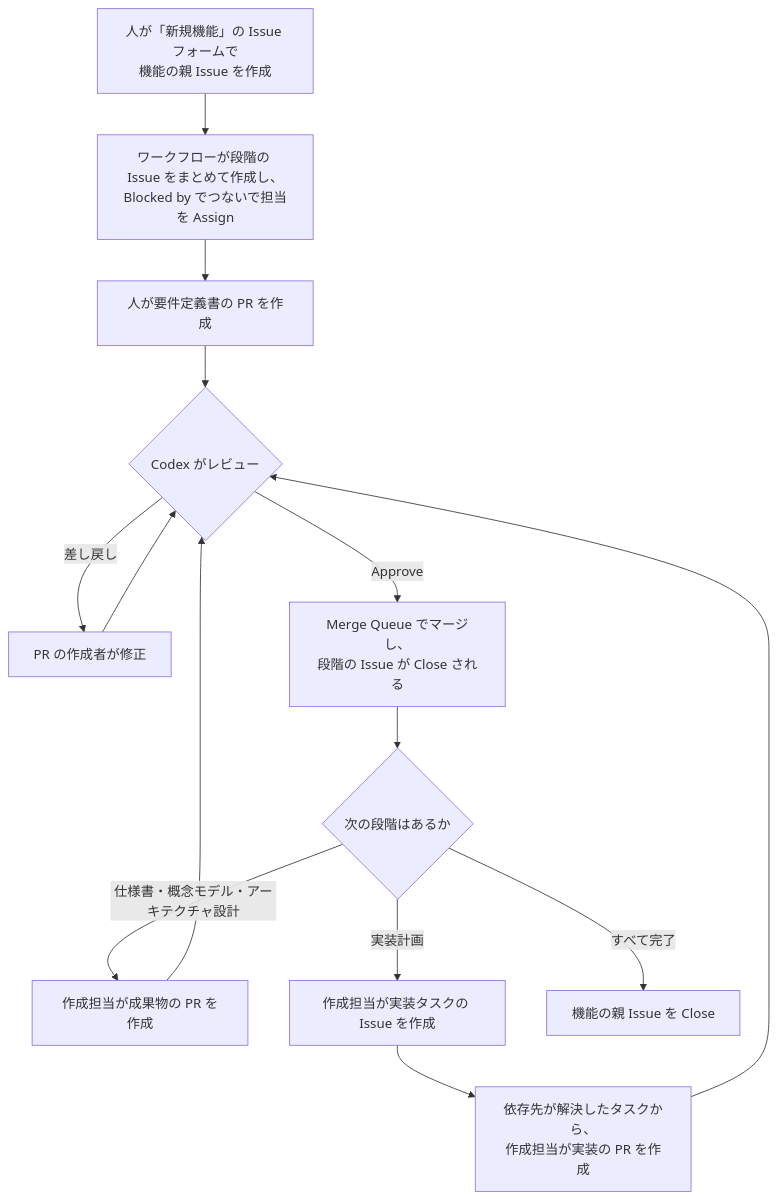
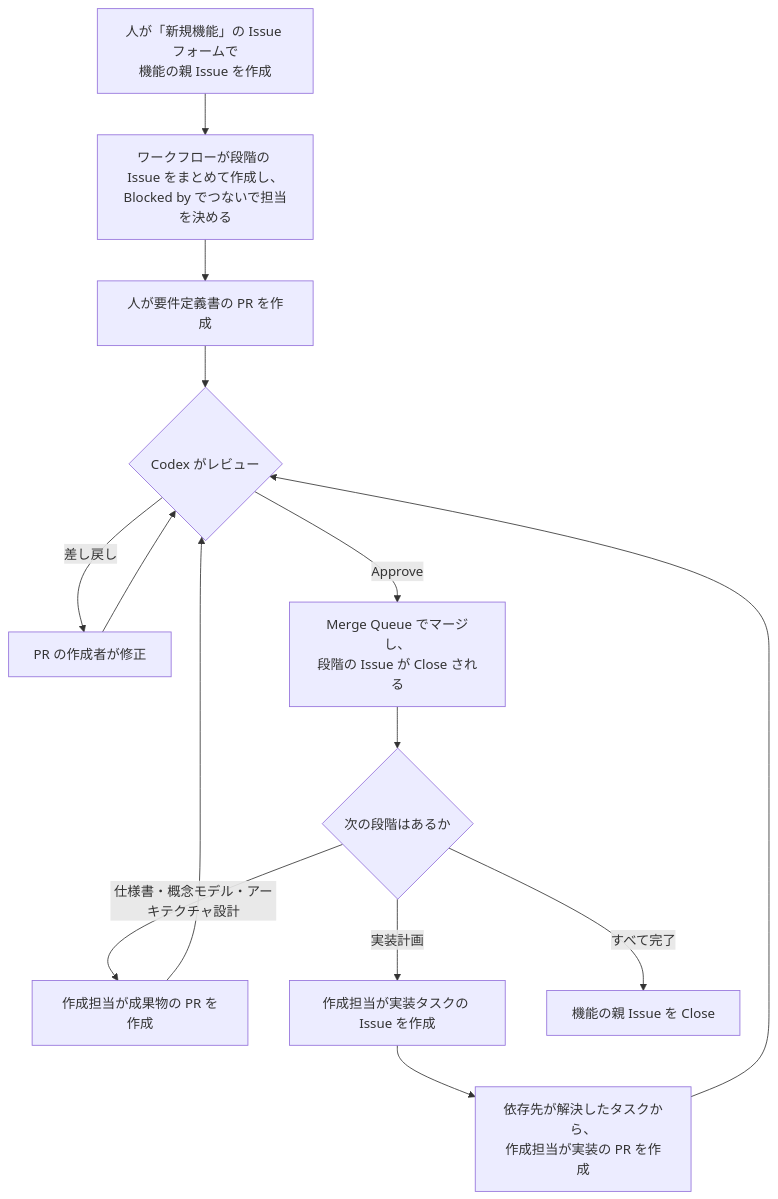
Before and after one commit to kyro-studios/web-application-template-sandbox: the second of 2 diagrams in .github/coding-agent/specification.md, drawn with Mermaid. The commit also changed other lines of this file and 16 other files, not shown here.

````diff
--- a/.github/coding-agent/specification.md
+++ b/.github/coding-agent/specification.md
@@ -171,16 +173,16 @@
 ```mermaid
 flowchart TD
-  start[人が「新規機能」の Issue フォームで<br/>機能の親 Issue を作成] --> stages[ワークフローが段階の Issue をまとめて作成し、<br/>Blocked by でつないで担当を Assign]
+  start[人が「新規機能」の Issue フォームで<br/>機能の親 Issue を作成] --> stages[ワークフローが段階の Issue をまとめて作成し、<br/>Blocked by でつないで担当を決める]
   stages --> req[人が要件定義書の PR を作成]
   req --> review{Codex がレビュー}
   review -- 差し戻し --> fix[PR の作成者が修正]
   fix --> review
   review -- Approve --> merge[Merge Queue でマージし、<br/>段階の Issue が Close される]
   merge --> next{次の段階はあるか}
   next -- 仕様書・概念モデル・アーキテクチャ設計 --> create[作成担当が成果物の PR を作成]
   create --> review
   next -- 実装計画 --> plan[作成担当が実装タスクの Issue を作成]
   plan --> impl[依存先が解決したタスクから、<br/>作成担当が実装の PR を作成]
   impl --> review
   next -- すべて完了 --> done[機能の親 Issue を Close]
 ```
````
